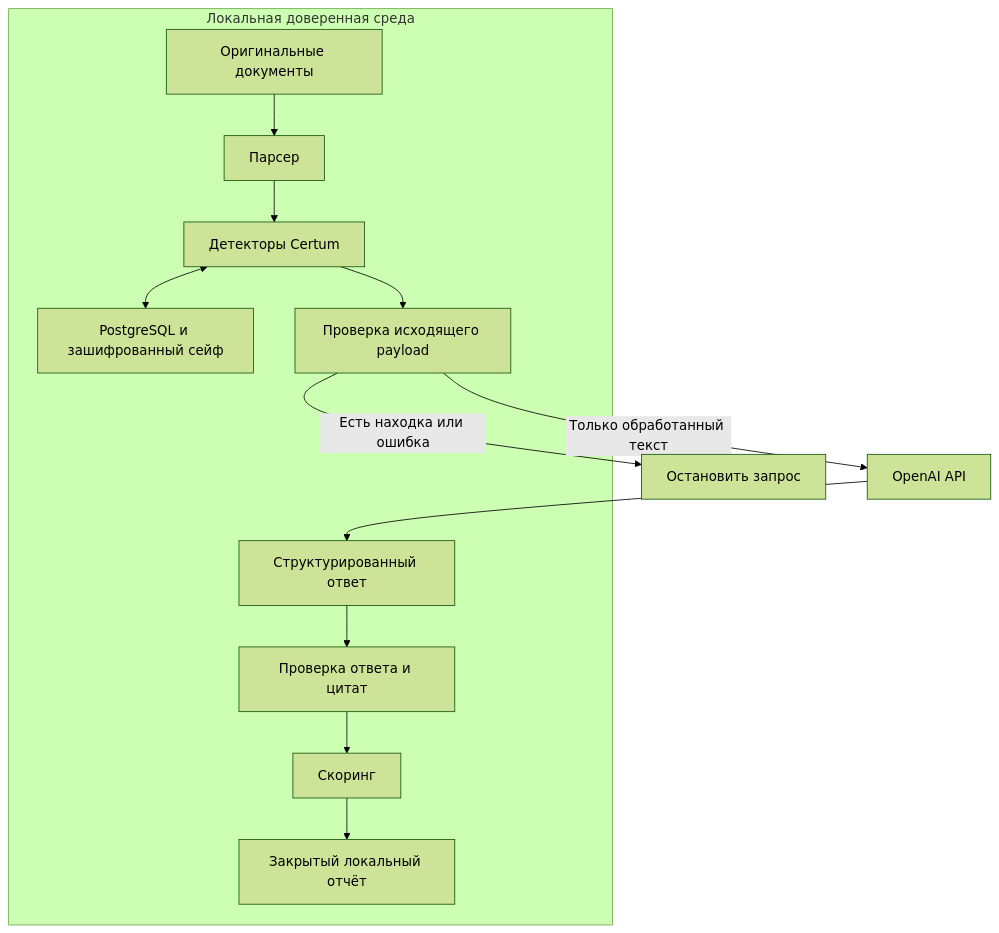
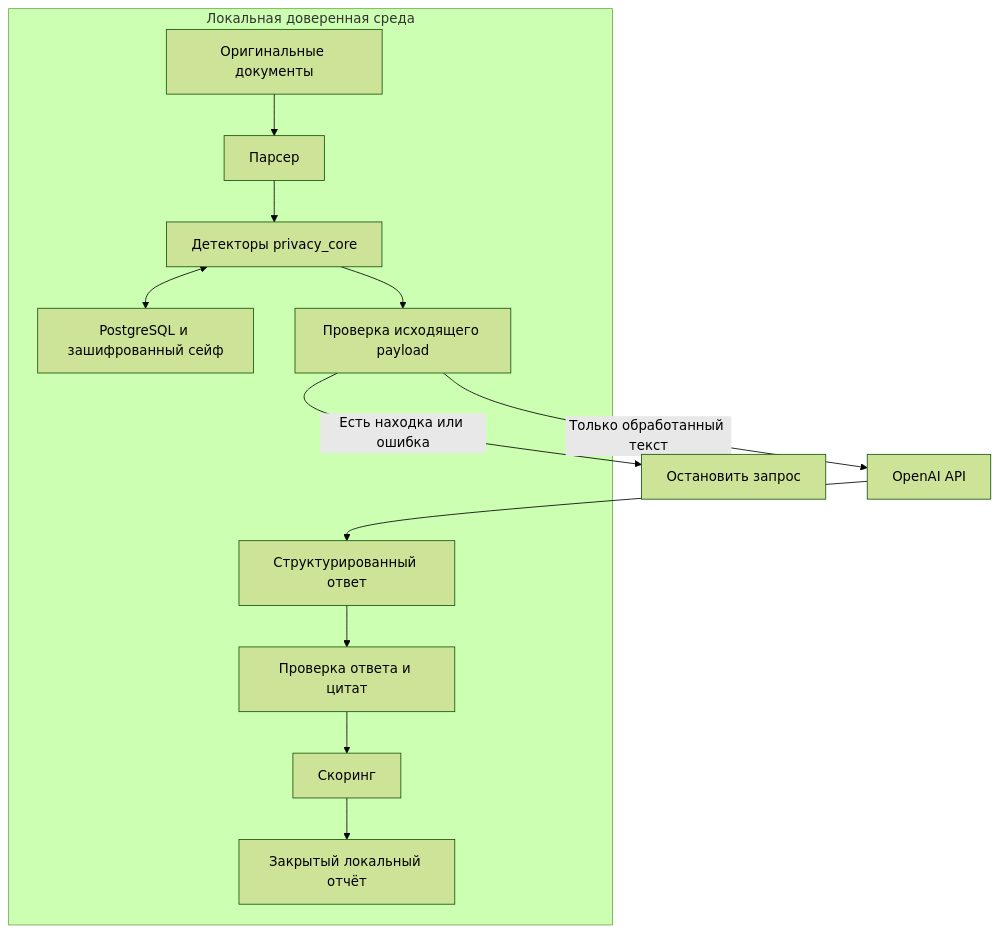
Before and after one commit to GrigoryPislegin/phystech-novatoria: the second of 2 diagrams in docs/15-architecture.md, drawn with Mermaid (forest theme). The commit also changed other lines of this file and 14 other files, not shown here.

````diff
--- a/docs/15-architecture.md
+++ b/docs/15-architecture.md
@@ -63,15 +63,15 @@
 ```mermaid
 flowchart TB
  subgraph Local[Локальная доверенная среда]
   Files[Оригинальные документы] --> Parser[Парсер]
-  Parser --> Redact[Детекторы Certum]
+  Parser --> Redact[Детекторы privacy_core]
   Redact <--> Vault[PostgreSQL и зашифрованный сейф]
   Redact --> Check[Проверка исходящего payload]
   Answer[Структурированный ответ] --> Guard[Проверка ответа и цитат]
   Guard --> Score[Скоринг]
   Score --> Report[Закрытый локальный отчёт]
  end
  Check -->|Только обработанный текст| API[OpenAI API]
  API --> Answer
  Check -->|Есть находка или ошибка| Stop[Остановить запрос]
 ```
````
